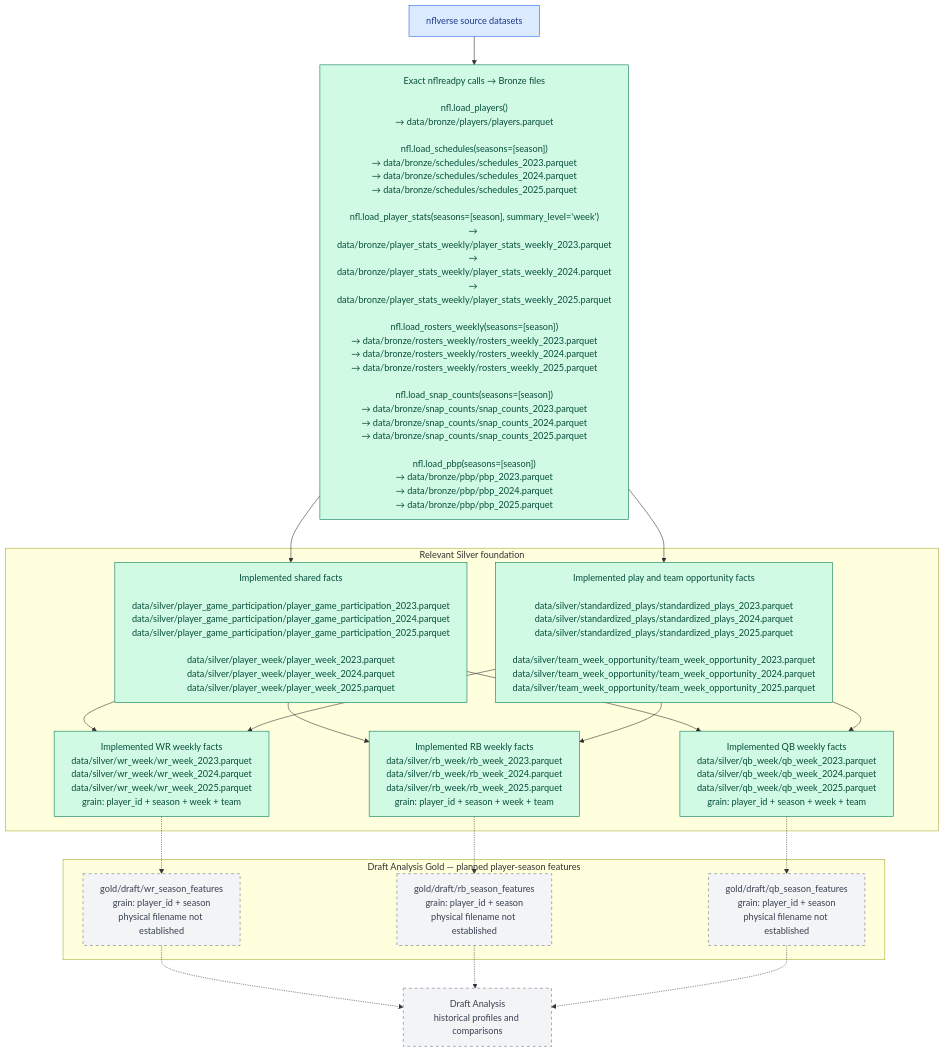
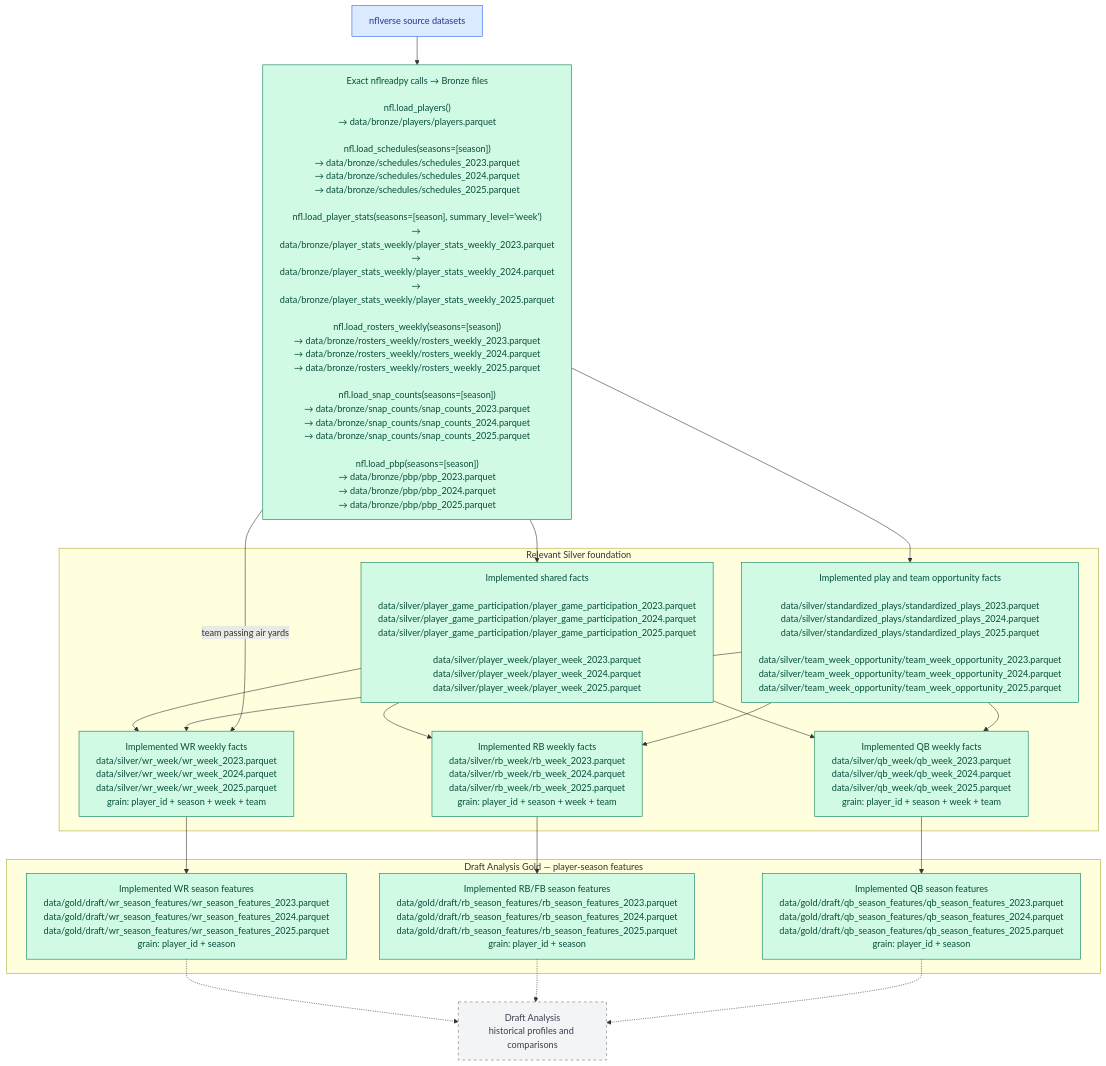
The second of 4 diagrams in docs/data-lineage-by-gold-product.md (ddarby15/nfl-dream-lab-app), drawn with Mermaid before and after one commit. The commit also changed other lines of this file and 8 other files, not shown here.

````diff
--- a/docs/data-lineage-by-gold-product.md
+++ b/docs/data-lineage-by-gold-product.md
@@ -70,44 +71,45 @@
 ```mermaid
 flowchart TB
     SOURCE["nflverse source datasets"]
     B_FILES["Exact nflreadpy calls → Bronze files<br/><br/>nfl.load_players()<br/>→ data/bronze/players/players.parquet<br/><br/>nfl.load_schedules(seasons=[season])<br/>→ data/bronze/schedules/schedules_2023.parquet<br/>→ data/bronze/schedules/schedules_2024.parquet<br/>→ data/bronze/schedules/schedules_2025.parquet<br/><br/>nfl.load_player_stats(seasons=[season], summary_level='week')<br/>→ data/bronze/player_stats_weekly/player_stats_weekly_2023.parquet<br/>→ data/bronze/player_stats_weekly/player_stats_weekly_2024.parquet<br/>→ data/bronze/player_stats_weekly/player_stats_weekly_2025.parquet<br/><br/>nfl.load_rosters_weekly(seasons=[season])<br/>→ data/bronze/rosters_weekly/rosters_weekly_2023.parquet<br/>→ data/bronze/rosters_weekly/rosters_weekly_2024.parquet<br/>→ data/bronze/rosters_weekly/rosters_weekly_2025.parquet<br/><br/>nfl.load_snap_counts(seasons=[season])<br/>→ data/bronze/snap_counts/snap_counts_2023.parquet<br/>→ data/bronze/snap_counts/snap_counts_2024.parquet<br/>→ data/bronze/snap_counts/snap_counts_2025.parquet<br/><br/>nfl.load_pbp(seasons=[season])<br/>→ data/bronze/pbp/pbp_2023.parquet<br/>→ data/bronze/pbp/pbp_2024.parquet<br/>→ data/bronze/pbp/pbp_2025.parquet"]
 
     subgraph Silver["Relevant Silver foundation"]
         S_SHARED["Implemented shared facts<br/><br/>data/silver/player_game_participation/player_game_participation_2023.parquet<br/>data/silver/player_game_participation/player_game_participation_2024.parquet<br/>data/silver/player_game_participation/player_game_participation_2025.parquet<br/><br/>data/silver/player_week/player_week_2023.parquet<br/>data/silver/player_week/player_week_2024.parquet<br/>data/silver/player_week/player_week_2025.parquet"]
         S_OPPORTUNITY["Implemented play and team opportunity facts<br/><br/>data/silver/standardized_plays/standardized_plays_2023.parquet<br/>data/silver/standardized_plays/standardized_plays_2024.parquet<br/>data/silver/standardized_plays/standardized_plays_2025.parquet<br/><br/>data/silver/team_week_opportunity/team_week_opportunity_2023.parquet<br/>data/silver/team_week_opportunity/team_week_opportunity_2024.parquet<br/>data/silver/team_week_opportunity/team_week_opportunity_2025.parquet"]
         S_WR["Implemented WR weekly facts<br/>data/silver/wr_week/wr_week_2023.parquet<br/>data/silver/wr_week/wr_week_2024.parquet<br/>data/silver/wr_week/wr_week_2025.parquet<br/>grain: player_id + season + week + team"]
         S_RB["Implemented RB weekly facts<br/>data/silver/rb_week/rb_week_2023.parquet<br/>data/silver/rb_week/rb_week_2024.parquet<br/>data/silver/rb_week/rb_week_2025.parquet<br/>grain: player_id + season + week + team"]
         S_QB["Implemented QB weekly facts<br/>data/silver/qb_week/qb_week_2023.parquet<br/>data/silver/qb_week/qb_week_2024.parquet<br/>data/silver/qb_week/qb_week_2025.parquet<br/>grain: player_id + season + week + team"]
     end
 
-    subgraph DraftGold["Draft Analysis Gold — planned player-season features"]
-        G_WR["gold/draft/wr_season_features<br/>grain: player_id + season<br/>physical filename not established"]
-        G_RB["gold/draft/rb_season_features<br/>grain: player_id + season<br/>physical filename not established"]
-        G_QB["gold/draft/qb_season_features<br/>grain: player_id + season<br/>physical filename not established"]
+    subgraph DraftGold["Draft Analysis Gold — player-season features"]
+        G_WR["Implemented WR season features<br/>data/gold/draft/wr_season_features/wr_season_features_2023.parquet<br/>data/gold/draft/wr_season_features/wr_season_features_2024.parquet<br/>data/gold/draft/wr_season_features/wr_season_features_2025.parquet<br/>grain: player_id + season"]
+        G_RB["Implemented RB/FB season features<br/>data/gold/draft/rb_season_features/rb_season_features_2023.parquet<br/>data/gold/draft/rb_season_features/rb_season_features_2024.parquet<br/>data/gold/draft/rb_season_features/rb_season_features_2025.parquet<br/>grain: player_id + season"]
+        G_QB["Implemented QB season features<br/>data/gold/draft/qb_season_features/qb_season_features_2023.parquet<br/>data/gold/draft/qb_season_features/qb_season_features_2024.parquet<br/>data/gold/draft/qb_season_features/qb_season_features_2025.parquet<br/>grain: player_id + season"]
     end
 
     DRAFT["Draft Analysis<br/>historical profiles and comparisons"]
 
     SOURCE --> B_FILES --> S_SHARED
     B_FILES --> S_OPPORTUNITY
     S_SHARED --> S_WR
     S_OPPORTUNITY --> S_WR
+    B_FILES -->|team passing air yards| S_WR
     S_SHARED --> S_RB
     S_OPPORTUNITY --> S_RB
     S_SHARED --> S_QB
     S_OPPORTUNITY --> S_QB
-    S_WR -.-> G_WR
-    S_RB -.-> G_RB
-    S_QB -.-> G_QB
+    S_WR --> G_WR
+    S_RB --> G_RB
+    S_QB --> G_QB
     G_WR -.-> DRAFT
     G_RB -.-> DRAFT
     G_QB -.-> DRAFT
 
     classDef source fill:#dbeafe,stroke:#2563eb,color:#1e3a8a;
     classDef built fill:#d1fae5,stroke:#047857,color:#064e3b;
     classDef planned fill:#f3f4f6,stroke:#6b7280,color:#374151,stroke-dasharray:5 5;
 
     class SOURCE source;
-    class B_FILES,S_SHARED,S_OPPORTUNITY,S_WR,S_RB,S_QB built;
-    class G_WR,G_RB,G_QB,DRAFT planned;
+    class B_FILES,S_SHARED,S_OPPORTUNITY,S_WR,S_RB,S_QB,G_WR,G_RB,G_QB built;
+    class DRAFT planned;
 ```
````
